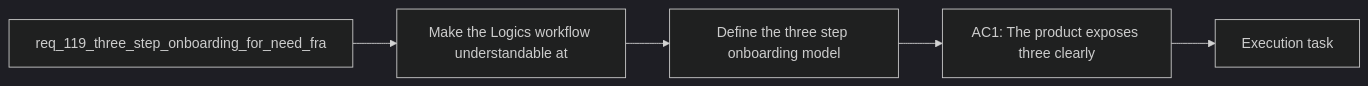
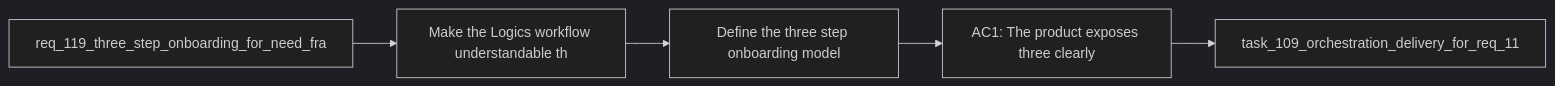
The diagram in logics/backlog/item_208_define_the_three_step_onboarding_model_and_operator_copy.md (AlexAgo83/logics-manager), drawn with Mermaid (dark theme) before and after one commit. The commit also changed 481 other files, not shown here.

Commit message:
Normalize Logics docs and workflow indicators

````diff
--- a/logics/backlog/item_208_define_the_three_step_onboarding_model_and_operator_copy.md
+++ b/logics/backlog/item_208_define_the_three_step_onboarding_model_and_operator_copy.md
@@ -34,9 +34,9 @@
 ```mermaid
 %% logics-kind: backlog
 %% logics-signature: backlog|define-the-three-step-onboarding-model-a|req-119-three-step-onboarding-for-need-f|make-the-logics-workflow-understandable-|ac1-the-product-exposes-three-clearly
 flowchart LR
-    Request[req_119_three_step_onboarding_for_need_fra] --> Problem[Make the Logics workflow understandable at]
+    Request[req_119_three_step_onboarding_for_need_fra] --> Problem[Make the Logics workflow understandable th]
     Problem --> Scope[Define the three step onboarding model]
     Scope --> Acceptance[AC1: The product exposes three clearly]
-    Acceptance --> Tasks[Execution task]
+    Acceptance --> Tasks[task_109_orchestration_delivery_for_req_11]
 ```
````
